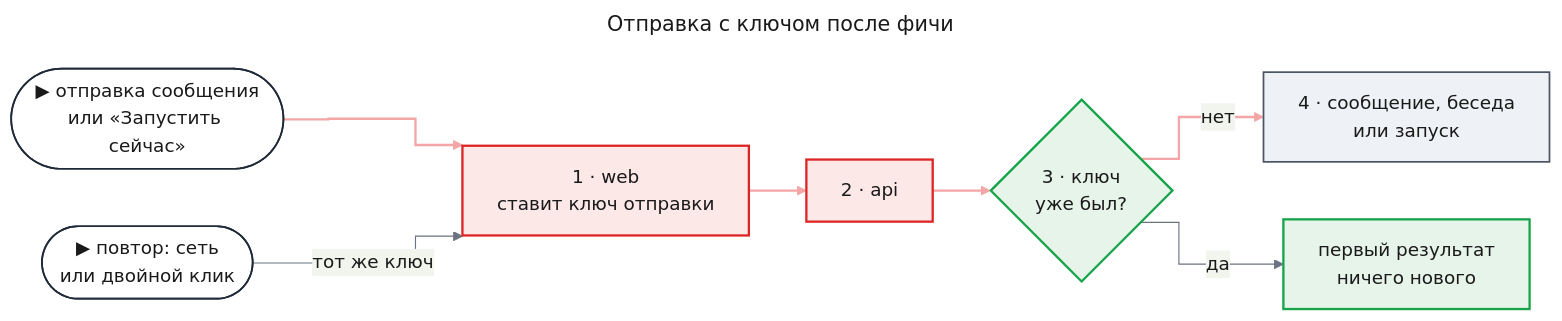
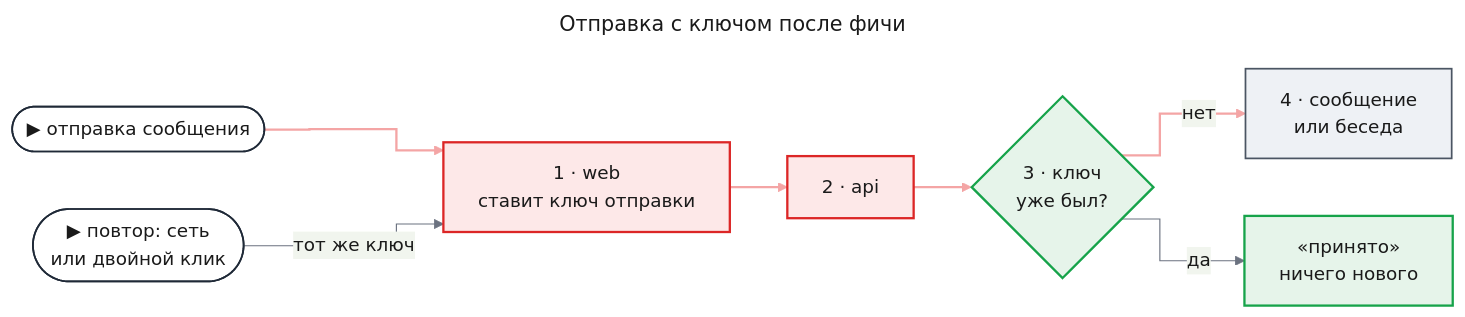
One commit to tundraray/agent-os changed the third of 3 diagrams in docs/features/runtime-fixes/prd.md. Above: the diagram before and after it, drawn with Mermaid. The commit also changed other lines of this file, not shown here.

````diff
--- a/docs/features/runtime-fixes/prd.md
+++ b/docs/features/runtime-fixes/prd.md
@@ -168,47 +167,47 @@
 ```mermaid
 ---
 title: "Отправка с ключом после фичи"
 config:
   theme: base
   look: classic
   themeVariables:
     primaryColor: "#eef1f5"
     primaryBorderColor: "#4b5563"
     primaryTextColor: "#1a1a1a"
     lineColor: "#6b7280"
   flowchart:
     curve: step
   themeCSS: |
     @keyframes lit_rf3{0%,22.5%{stroke:#991b1b;stroke-width:6px}25%,100%{stroke:#f4a5a5;stroke-width:2px}}
 ---
 flowchart LR
-    entry(["▶ отправка сообщения<br/>или «Запустить сейчас»"])
+    entry(["▶ отправка сообщения"])
     repeat(["▶ повтор: сеть<br/>или двойной клик"])
     web["1 · web<br/>ставит ключ отправки"]
     api["2 · api"]
     seen{"3 · ключ<br/>уже был?"}
-    create["4 · сообщение, беседа<br/>или запуск"]
-    first["первый результат<br/>ничего нового"]
+    create["4 · сообщение<br/>или беседа"]
+    first["«принято»<br/>ничего нового"]
     entry e1@--> web
     repeat -->|"тот же ключ"| web
     web e2@--> api
     api e3@--> seen
     seen e4@-->|"нет"| create
     seen -->|"да"| first
     classDef entry fill:#ffffff,stroke:#1f2937,stroke-width:1.5px,color:#1a1a1a
     classDef changed fill:#fde8e8,stroke:#dc2626,stroke-width:2px,color:#1a1a1a
     classDef new fill:#e6f4ea,stroke:#16a34a,stroke-width:2px,color:#1a1a1a
     classDef unchanged fill:#eef1f5,stroke:#4b5563,stroke-width:1.5px,color:#1a1a1a
     classDef w1 stroke:#f4a5a5,stroke-width:2px,animation:lit_rf3 4.8s linear 0s infinite
     classDef w2 stroke:#f4a5a5,stroke-width:2px,animation:lit_rf3 4.8s linear 1.2s infinite
     classDef w3 stroke:#f4a5a5,stroke-width:2px,animation:lit_rf3 4.8s linear 2.4s infinite
     classDef w4 stroke:#f4a5a5,stroke-width:2px,animation:lit_rf3 4.8s linear 3.6s infinite
     class entry,repeat entry
     class web,api changed
     class seen,first new
     class create unchanged
     class e1 w1
     class e2 w2
     class e3 w3
     class e4 w4
 ```
````
